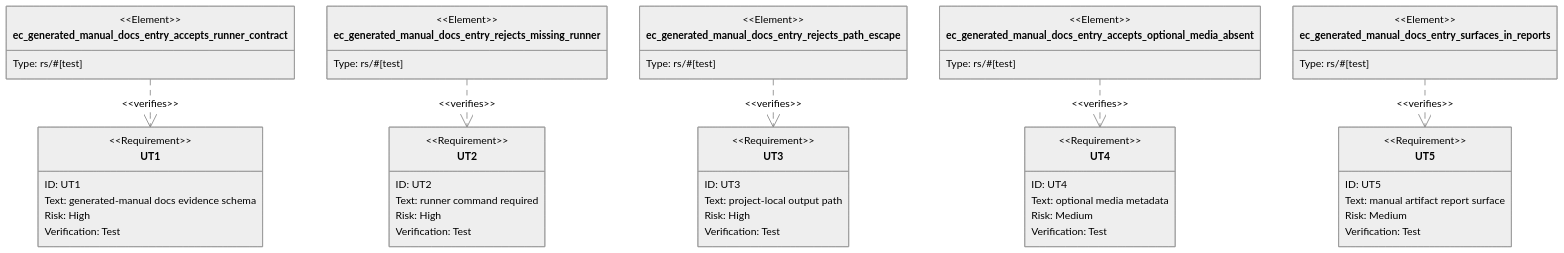
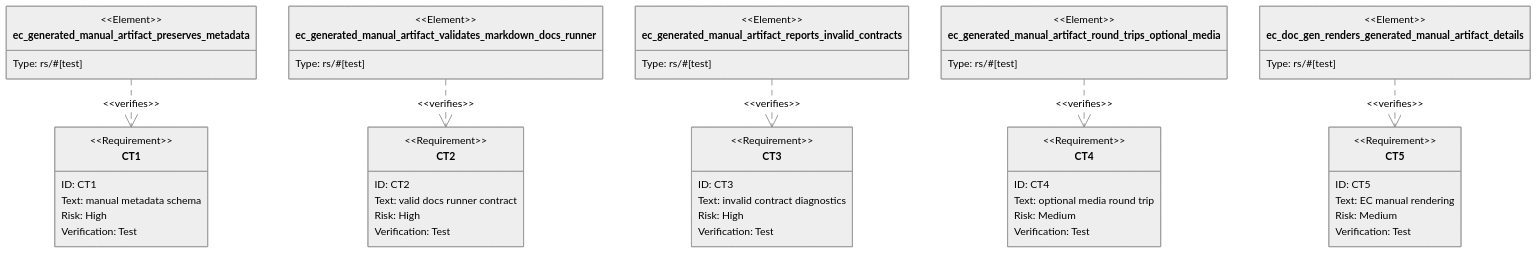
The second of 2 diagrams in projects/agentic-workflow/tech-design/logic/promote-generated-manuals-to-first-class-aw-evidence-artifacts.md (chrischeng-c4/axiom), drawn with Mermaid (neutral theme) before and after one commit. The commit also changed other lines of this file, not shown here.

Commit message:
td(57) — contract section: unit-test
Lifecycle-Slug: 57
Work-Item: 57
Lifecycle-Stage: Td-Contract-Complete
Lifecycle-Phase: td_created
Lifecycle-Pass: contract
TD-Section: unit-test
Previous-Phase: td_contract_in_progress
Next-Phase: td_created
Next-Command: aw td review

````diff
--- a/projects/agentic-workflow/tech-design/logic/promote-generated-manuals-to-first-class-aw-evidence-artifacts.md
+++ b/projects/agentic-workflow/tech-design/logic/promote-generated-manuals-to-first-class-aw-evidence-artifacts.md
@@ -89,109 +89,109 @@
 ```mermaid
 ---
-id: generated-manual-evidence-artifact-tests
+id: generated-manual-evidence-contract-tests
 requirements:
-  generated_manual_schema:
-    id: UT1
-    text: "EC evidence docs entries accept kind generated-manual with a project-local path, label, markdown/html format, and non-empty runner command."
+  schema_fields:
+    id: CT1
+    text: "EcEvidenceArtifact preserves generated-manual metadata fields from e2e evidence docs YAML: path, label, format, command, screenshots, highlights, and steps."
     kind: functional
     risk: high
     verify: test
-  runner_required:
-    id: UT2
-    text: "generated-manual evidence without a runner command fails validation with an actionable diagnostic."
+  validation_success:
+    id: CT2
+    text: "A markdown generated-manual under docs/ with a non-empty runner command validates cleanly."
     kind: functional
     risk: high
     verify: test
-  path_safety:
-    id: UT3
-    text: "generated-manual output paths must remain under docs/ or a configured project-local evidence root."
+  validation_failures:
+    id: CT3
+    text: "Missing command, unsupported format, and path escape each produce deterministic EC validation findings."
     kind: safety
     risk: high
     verify: test
   optional_media:
-    id: UT4
-    text: "screenshots, highlights, and step metadata are parsed when present but are not required for a valid manual artifact."
+    id: CT4
+    text: "Manual screenshots, highlights, and steps are optional and round-trip when present."
     kind: functional
     risk: medium
     verify: test
-  evidence_surface:
-    id: UT5
-    text: "capability, health, and EC documentation output expose generated manuals as typed evidence artifacts."
+  documentation_surface:
+    id: CT5
+    text: "render_ec_doc() includes generated manual path, command, format, and optional media in the generated EC manual."
     kind: integration
     risk: medium
     verify: test
 elements:
-  ec_generated_manual_docs_entry_accepts_runner_contract:
+  ec_generated_manual_artifact_preserves_metadata:
     kind: test
     type: "rs/#[test]"
-  ec_generated_manual_docs_entry_rejects_missing_runner:
+  ec_generated_manual_artifact_validates_markdown_docs_runner:
     kind: test
     type: "rs/#[test]"
-  ec_generated_manual_docs_entry_rejects_path_escape:
+  ec_generated_manual_artifact_reports_invalid_contracts:
     kind: test
     type: "rs/#[test]"
-  ec_generated_manual_docs_entry_accepts_optional_media_absent:
+  ec_generated_manual_artifact_round_trips_optional_media:
     kind: test
     type: "rs/#[test]"
-  ec_generated_manual_docs_entry_surfaces_in_reports:
+  ec_doc_gen_renders_generated_manual_artifact_details:
     kind: test
     type: "rs/#[test]"
 relations:
-  - { from: ec_generated_manual_docs_entry_accepts_runner_contract, verifies: generated_manual_schema }
-  - { from: ec_generated_manual_docs_entry_rejects_missing_runner, verifies: runner_required }
-  - { from: ec_generated_manual_docs_entry_rejects_path_escape, verifies: path_safety }
-  - { from: ec_generated_manual_docs_entry_accepts_optional_media_absent, verifies: optional_media }
-  - { from: ec_generated_manual_docs_entry_surfaces_in_reports, verifies: evidence_surface }
+  - { from: ec_generated_manual_artifact_preserves_metadata, verifies: schema_fields }
+  - { from: ec_generated_manual_artifact_validates_markdown_docs_runner, verifies: validation_success }
+  - { from: ec_generated_manual_artifact_reports_invalid_contracts, verifies: validation_failures }
+  - { from: ec_generated_manual_artifact_round_trips_optional_media, verifies: optional_media }
+  - { from: ec_doc_gen_renders_generated_manual_artifact_details, verifies: documentation_surface }
 ---
 requirementDiagram
-  requirement UT1 {
-    id: UT1
-    text: "generated-manual docs evidence schema"
+  requirement CT1 {
+    id: CT1
+    text: "manual metadata schema"
     risk: high
     verifymethod: test
   }
-  requirement UT2 {
-    id: UT2
-    text: "runner command required"
+  requirement CT2 {
+    id: CT2
+    text: "valid docs runner contract"
     risk: high
     verifymethod: test
   }
-  requirement UT3 {
-    id: UT3
-    text: "project-local output path"
+  requirement CT3 {
+    id: CT3
+    text: "invalid contract diagnostics"
     risk: high
     verifymethod: test
   }
-  requirement UT4 {
-    id: UT4
-    text: "optional media metadata"
+  requirement CT4 {
+    id: CT4
+    text: "optional media round trip"
     risk: medium
     verifymethod: test
   }
-  requirement UT5 {
-    id: UT5
-    text: "manual artifact report surface"
+  requirement CT5 {
+    id: CT5
+    text: "EC manual rendering"
     risk: medium
     verifymethod: test
   }
-  element ec_generated_manual_docs_entry_accepts_runner_contract {
+  element ec_generated_manual_artifact_preserves_metadata {
     type: "rs/#[test]"
   }
-  element ec_generated_manual_docs_entry_rejects_missing_runner {
+  element ec_generated_manual_artifact_validates_markdown_docs_runner {
     type: "rs/#[test]"
   }
-  element ec_generated_manual_docs_entry_rejects_path_escape {
+  element ec_generated_manual_artifact_reports_invalid_contracts {
     type: "rs/#[test]"
   }
-  element ec_generated_manual_docs_entry_accepts_optional_media_absent {
+  element ec_generated_manual_artifact_round_trips_optional_media {
     type: "rs/#[test]"
   }
-  element ec_generated_manual_docs_entry_surfaces_in_reports {
+  element ec_doc_gen_renders_generated_manual_artifact_details {
     type: "rs/#[test]"
   }
-  ec_generated_manual_docs_entry_accepts_runner_contract - verifies -> UT1
-  ec_generated_manual_docs_entry_rejects_missing_runner - verifies -> UT2
-  ec_generated_manual_docs_entry_rejects_path_escape - verifies -> UT3
-  ec_generated_manual_docs_entry_accepts_optional_media_absent - verifies -> UT4
-  ec_generated_manual_docs_entry_surfaces_in_reports - verifies -> UT5
+  ec_generated_manual_artifact_preserves_metadata - verifies -> CT1
+  ec_generated_manual_artifact_validates_markdown_docs_runner - verifies -> CT2
+  ec_generated_manual_artifact_reports_invalid_contracts - verifies -> CT3
+  ec_generated_manual_artifact_round_trips_optional_media - verifies -> CT4
+  ec_doc_gen_renders_generated_manual_artifact_details - verifies -> CT5
 ```
````
